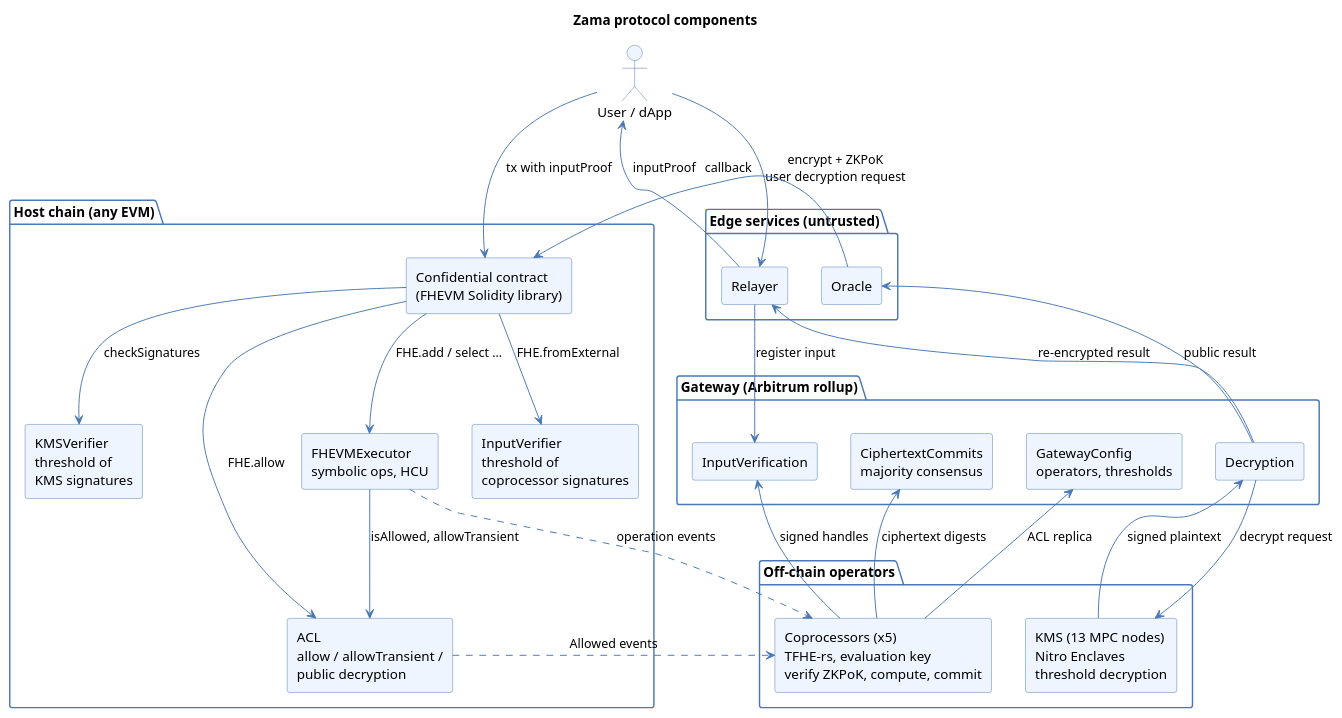
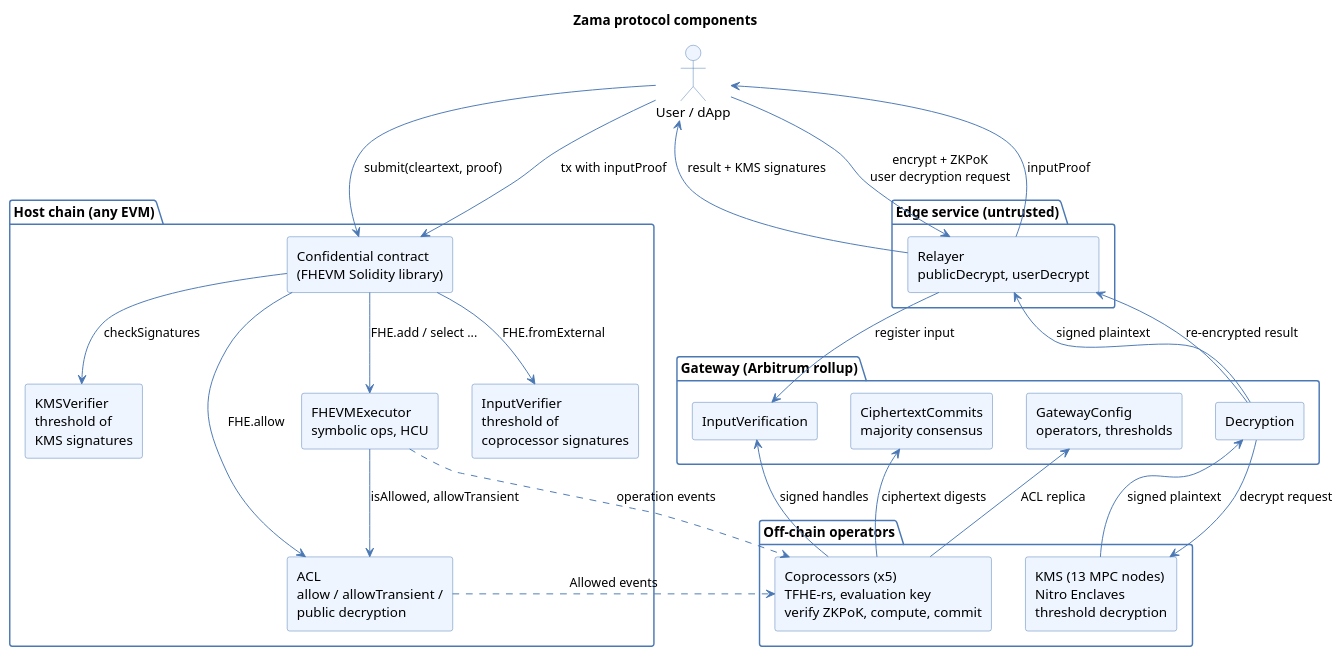
Before and after one commit to rya-sge/access-denied: the diagram in assets/article/blockchain/zamafhe/zama-fhevm-components-concept.puml, drawn with PlantUML. The commit also changed 50 other files, not shown here.

```diff
--- a/assets/article/blockchain/zamafhe/zama-fhevm-components-concept.puml
+++ b/assets/article/blockchain/zamafhe/zama-fhevm-components-concept.puml
@@ -1,65 +1,65 @@
 @startuml
 title Zama protocol components
 skinparam shadowing false
 skinparam componentStyle rectangle
 skinparam component {
   BackgroundColor #EEF5FF
   BorderColor #4A78B5
 }
 skinparam package {
   BackgroundColor white
   BorderColor #4A78B5
 }
 skinparam actor {
   BackgroundColor #EEF5FF
   BorderColor #4A78B5
 }
 skinparam ArrowColor #4A78B5
 
 actor "User / dApp" as user
 
 package "Host chain (any EVM)" {
   component "Confidential contract\n(FHEVM Solidity library)" as dapp
   component "FHEVMExecutor\nsymbolic ops, HCU" as exec
   component "ACL\nallow / allowTransient /\npublic decryption" as acl
   component "InputVerifier\nthreshold of\ncoprocessor signatures" as iv
   component "KMSVerifier\nthreshold of\nKMS signatures" as kv
 }
 
 package "Gateway (Arbitrum rollup)" {
   component "InputVerification" as gin
   component "CiphertextCommits\nmajority consensus" as gcc
   component "Decryption" as gdec
   component "GatewayConfig\noperators, thresholds" as gcfg
 }
 
 package "Off-chain operators" {
   component "Coprocessors (x5)\nTFHE-rs, evaluation key\nverify ZKPoK, compute, commit" as cop
   component "KMS (13 MPC nodes)\nNitro Enclaves\nthreshold decryption" as kms
 }
 
-package "Edge services (untrusted)" {
-  component "Relayer" as relayer
-  component "Oracle" as oracle
+package "Edge service (untrusted)" {
+  component "Relayer\npublicDecrypt, userDecrypt" as relayer
 }
 
 user --> relayer : encrypt + ZKPoK\nuser decryption request
 relayer --> gin : register input
 gin <-- cop : signed handles
 relayer --> user : inputProof
 user --> dapp : tx with inputProof
 dapp --> iv : FHE.fromExternal
 dapp --> exec : FHE.add / select ...
 exec --> acl : isAllowed, allowTransient
 dapp --> acl : FHE.allow
 exec ..> cop : operation events
 acl ..> cop : Allowed events
 cop --> gcc : ciphertext digests
 cop --> gcfg : ACL replica
 gdec --> kms : decrypt request
 kms --> gdec : signed plaintext
-gdec --> oracle : public result
-oracle --> dapp : callback
+gdec --> relayer : signed plaintext
+relayer --> user : result + KMS signatures
+user --> dapp : submit(cleartext, proof)
 dapp --> kv : checkSignatures
 gdec --> relayer : re-encrypted result
 @enduml
```
